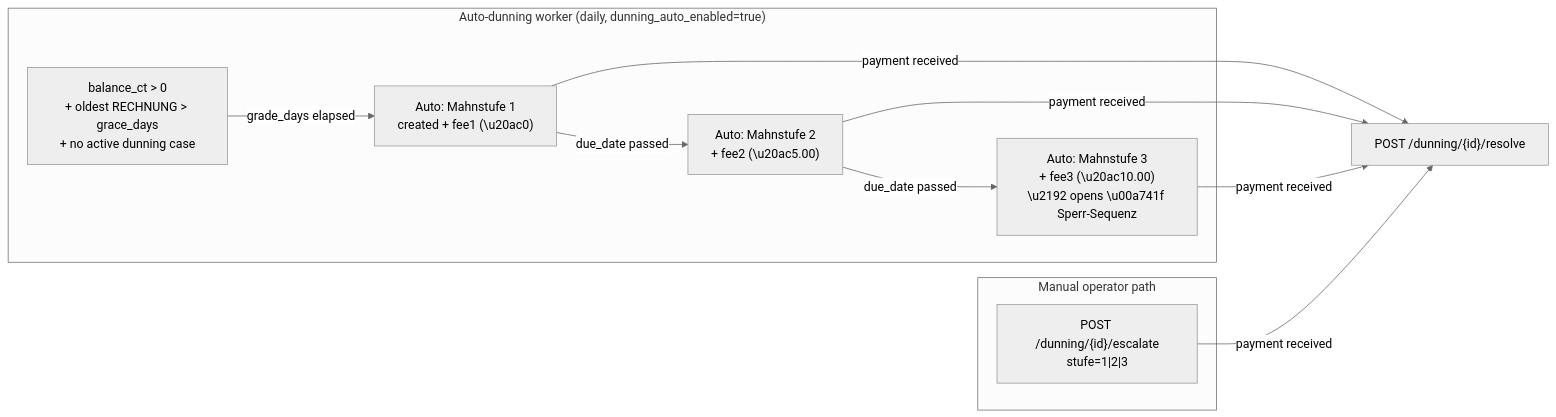
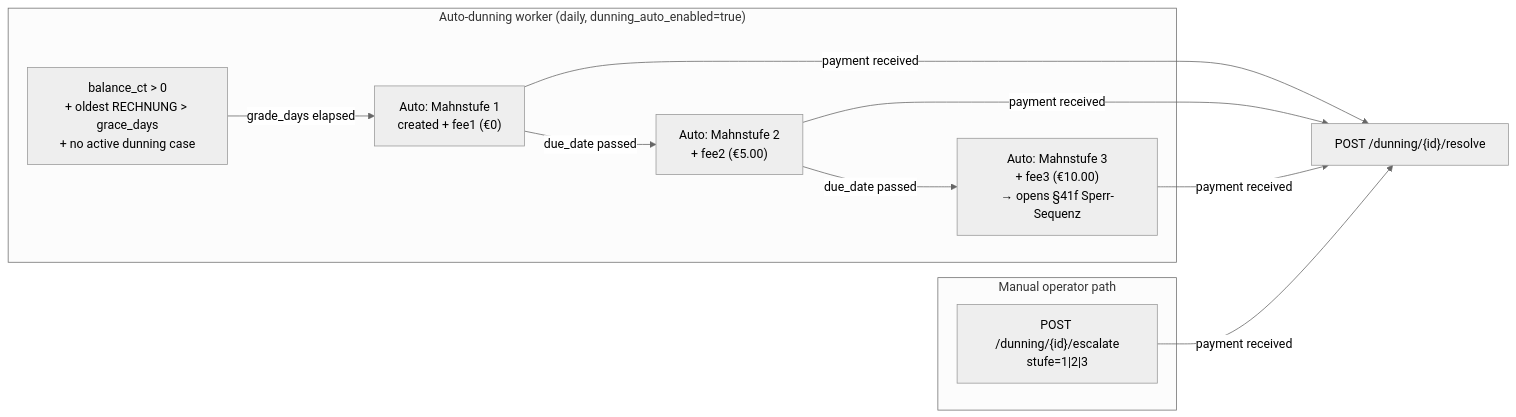
The second of 5 diagrams in site/content/docs/services/accountingd.md (hupe1980/mako), drawn with Mermaid (neutral theme) before and after one commit. The commit also changed other lines of this file and 19 other files, not shown here.

````diff
--- a/site/content/docs/services/accountingd.md
+++ b/site/content/docs/services/accountingd.md
@@ -89,22 +90,22 @@
 ```mermaid
 graph LR
     subgraph auto ["Auto-dunning worker (daily, dunning_auto_enabled=true)"]
         trigger["balance_ct > 0<br/>+ oldest RECHNUNG > grace_days<br/>+ no active dunning case"]
-        a1["Auto: Mahnstufe 1<br/>created + fee1 (\u20ac0)"]
-        a2["Auto: Mahnstufe 2<br/>+ fee2 (\u20ac5.00)"]
-        a3["Auto: Mahnstufe 3<br/>+ fee3 (\u20ac10.00)<br/>\u2192 opens \u00a741f Sperr-Sequenz"]
+        a1["Auto: Mahnstufe 1<br/>created + fee1 (€0)"]
+        a2["Auto: Mahnstufe 2<br/>+ fee2 (€5.00)"]
+        a3["Auto: Mahnstufe 3<br/>+ fee3 (€10.00)<br/>→ opens §41f Sperr-Sequenz"]
         trigger -->|"grade_days elapsed"| a1
         a1 -->|"due_date passed"| a2
         a2 -->|"due_date passed"| a3
     end
 
     subgraph manual ["Manual operator path"]
         m1["POST /dunning/{id}/escalate<br/>stufe=1|2|3"]
     end
 
     resolved["POST /dunning/{id}/resolve"]
     a1 -->|"payment received"| resolved
     a2 -->|"payment received"| resolved
     a3 -->|"payment received"| resolved
     m1 -->|"payment received"| resolved
 ```
````
